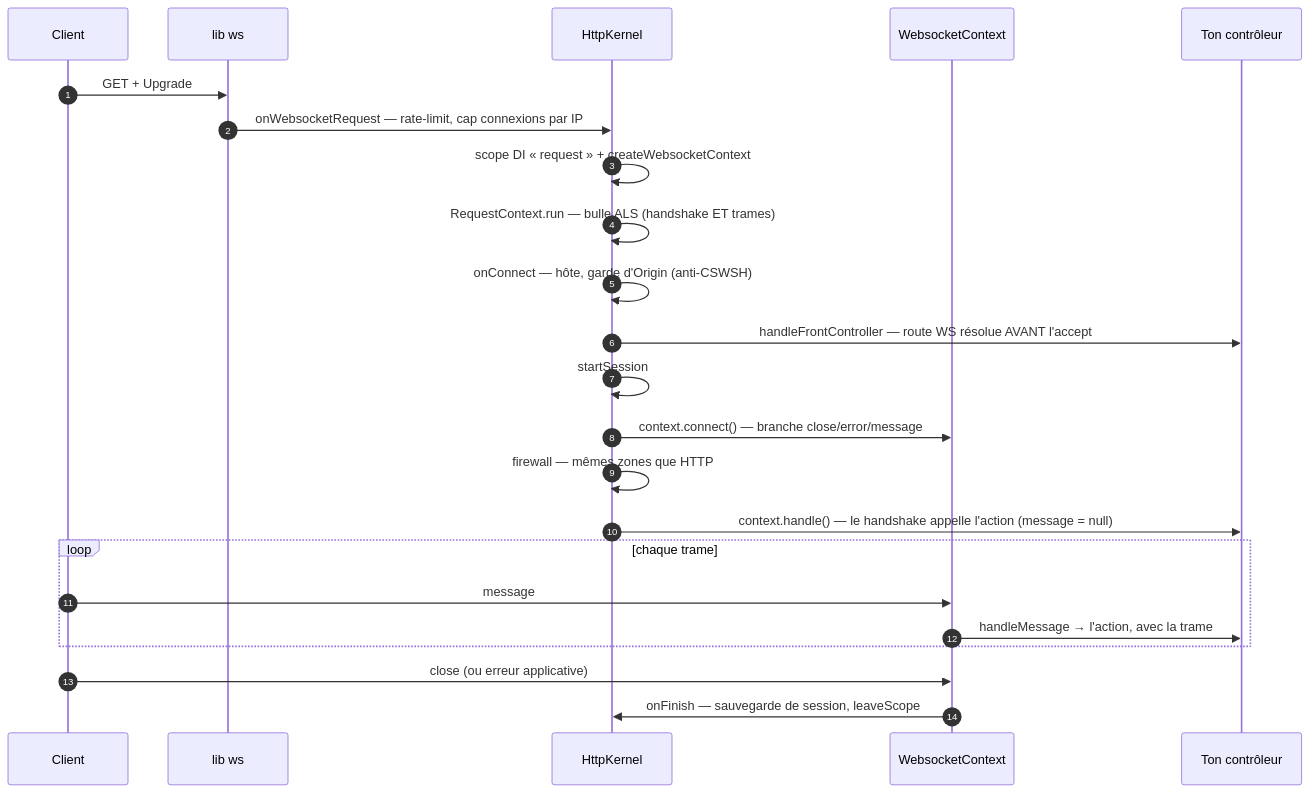
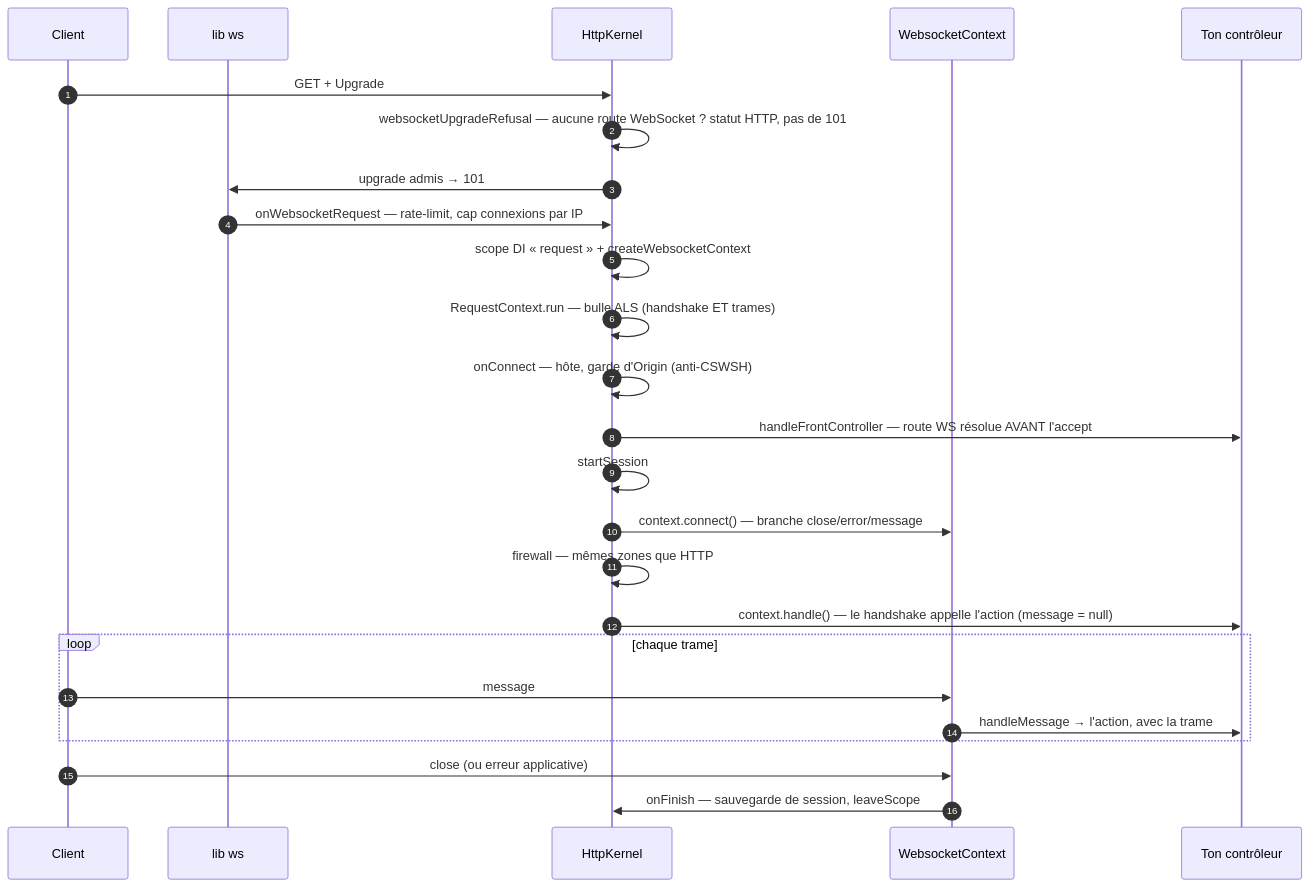
Before and after one commit to nodefony/nodefony-core: the third of 4 diagrams in docs/architecture/pipeline-requete.md, drawn with Mermaid. The commit also changed other lines of this file and 29 other files, not shown here.

First line of the commit message:
fix(http): refuser par un statut HTTP une socket sans route (#577)

````diff
--- a/docs/architecture/pipeline-requete.md
+++ b/docs/architecture/pipeline-requete.md
@@ -325,25 +325,27 @@
 ```mermaid
 sequenceDiagram
   autonumber
   participant C as Client
   participant W as lib ws
   participant K as HttpKernel
   participant X as WebsocketContext
   participant A as Ton contrôleur
-  C->>W: GET + Upgrade
+  C->>K: GET + Upgrade
+  K->>K: websocketUpgradeRefusal — aucune route WebSocket ? statut HTTP, pas de 101
+  K->>W: upgrade admis → 101
   W->>K: onWebsocketRequest — rate-limit, cap connexions par IP
   K->>K: scope DI « request » + createWebsocketContext
   K->>K: RequestContext.run — bulle ALS (handshake ET trames)
   K->>K: onConnect — hôte, garde d'Origin (anti-CSWSH)
   K->>A: handleFrontController — route WS résolue AVANT l'accept
   K->>K: startSession
   K->>X: context.connect() — branche close/error/message
   K->>K: firewall — mêmes zones que HTTP
   K->>A: context.handle() — le handshake appelle l'action (message = null)
   loop chaque trame
     C->>X: message
     X->>A: handleMessage → l'action, avec la trame
   end
   C->>X: close (ou erreur applicative)
   X->>K: onFinish — sauvegarde de session, leaveScope
 ```
````
